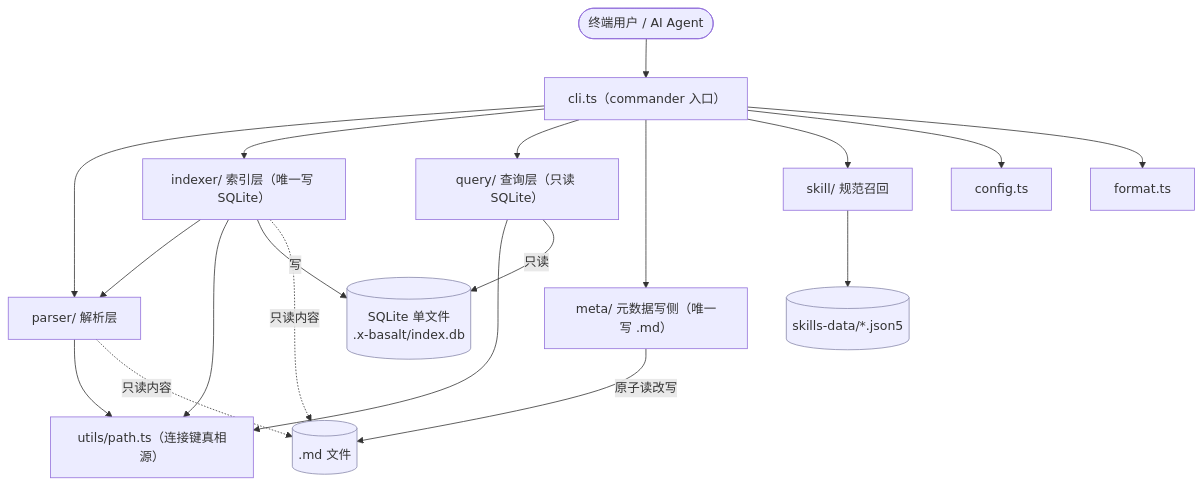
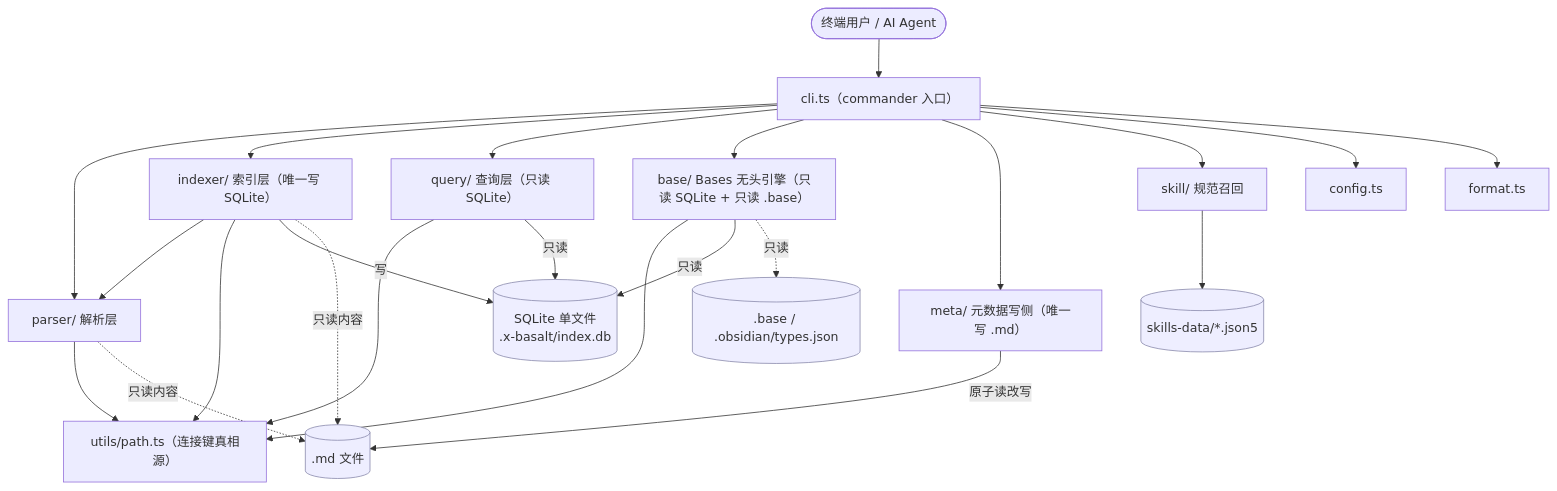
The first of 5 diagrams in docs/architecture/2026-06-28-overview.md (xnightsky/x-basalt), drawn with Mermaid before and after one commit. The commit also changed other lines of this file and 19 other files, not shown here.

Commit message:
docs(base): Bases 语法/设计/矩阵/状态/oracle runbook/guides/计划/P3 决策（P0..P2b 全量文档）

````diff
--- a/docs/architecture/2026-06-28-overview.md
+++ b/docs/architecture/2026-06-28-overview.md
@@ -43,27 +43,31 @@
 ```mermaid
 flowchart TD
     user([终端用户 / AI Agent]) --> cli["cli.ts（commander 入口）"]
 
     cli --> parser["parser/ 解析层"]
     cli --> indexer["indexer/ 索引层（唯一写 SQLite）"]
     cli --> query["query/ 查询层（只读 SQLite）"]
+    cli --> base["base/ Bases 无头引擎（只读 SQLite + 只读 .base）"]
     cli --> meta["meta/ 元数据写侧（唯一写 .md）"]
     cli --> skill["skill/ 规范召回"]
     cli --> config["config.ts"]
     cli --> format["format.ts"]
 
     indexer --> parser
     parser --> utils["utils/path.ts（连接键真相源）"]
     indexer --> utils
     query --> utils
+    base --> utils
 
     indexer -- 写 --> db[("SQLite 单文件<br/>.x-basalt/index.db")]
     query -- 只读 --> db
+    base -- 只读 --> db
     parser -. 只读内容 .-> md[(".md 文件")]
     indexer -. 只读内容 .-> md
+    base -. 只读 .-> basef[(".base / .obsidian/types.json")]
     meta -- 原子读改写 --> md
     skill --> skfiles[("skills-data/*.json5")]
 
     classDef store fill:#eef,stroke:#88a;
-    class db,md,skfiles store;
+    class db,md,basef,skfiles store;
 ```
````
